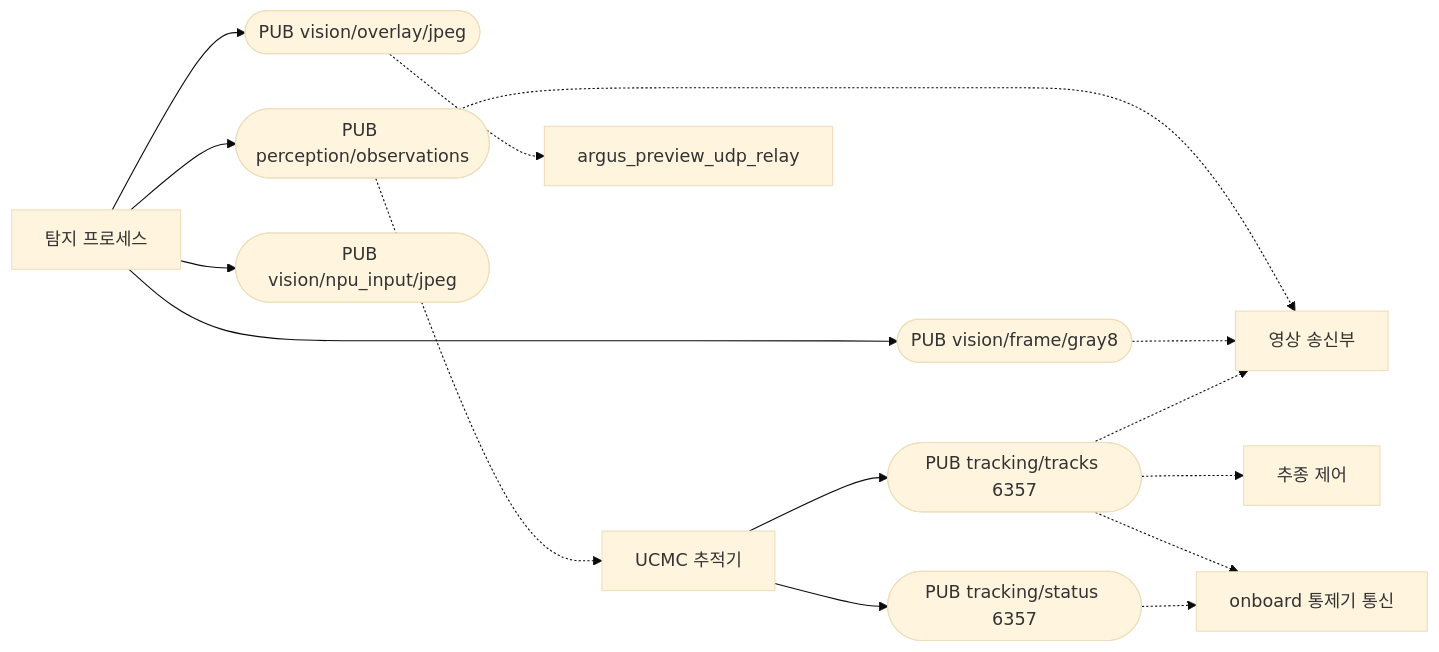
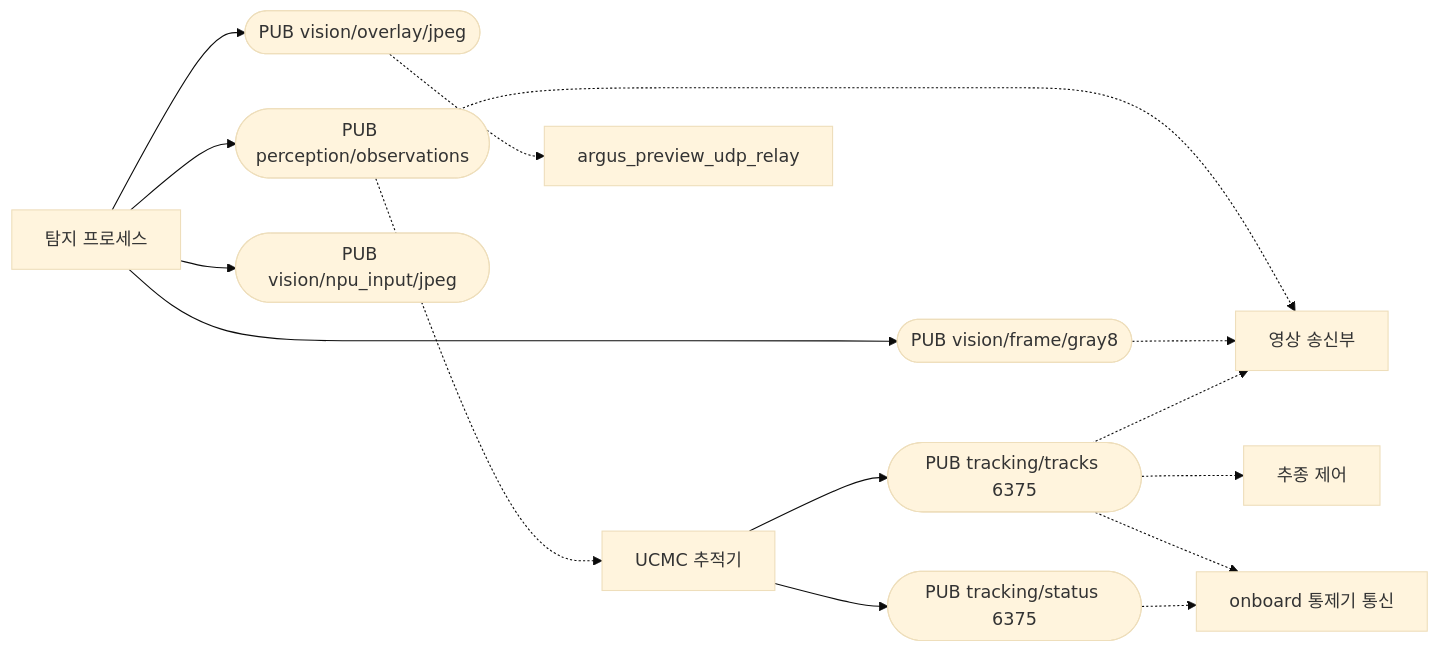
One commit to lig-argus/argus-edge-vision changed the first of 4 diagrams in docs/design/uml/component.md. Above: the diagram before and after it, drawn with Mermaid (base theme). The commit also changed other lines of this file and 26 other files, not shown here.

````diff
--- a/docs/design/uml/component.md
+++ b/docs/design/uml/component.md
@@ -15,32 +15,32 @@
 ```mermaid
 flowchart LR
     vision[탐지 프로세스]
     tracker[UCMC 추적기]
     follow[추종 제어]
     gcs_link[onboard 통제기 통신]
     vtx[영상 송신부]
     relay[argus_preview_udp_relay]
 
     i_frame([PUB vision/frame/gray8])
     i_obs([PUB perception/observations])
     i_overlay([PUB vision/overlay/jpeg])
     i_npu([PUB vision/npu_input/jpeg])
-    i_tracks([PUB tracking/tracks 6357])
-    i_tstatus([PUB tracking/status 6357])
+    i_tracks([PUB tracking/tracks 6375])
+    i_tstatus([PUB tracking/status 6375])
 
     vision --> i_frame
     vision --> i_obs
     vision --> i_overlay
     vision --> i_npu
     tracker --> i_tracks
     tracker --> i_tstatus
 
     i_obs -.-> tracker
     i_obs -.-> vtx
     i_frame -.-> vtx
     i_tracks -.-> vtx
     i_tracks -.-> follow
     i_tracks -.-> gcs_link
     i_tstatus -.-> gcs_link
     i_overlay -.-> relay
 ```
````
